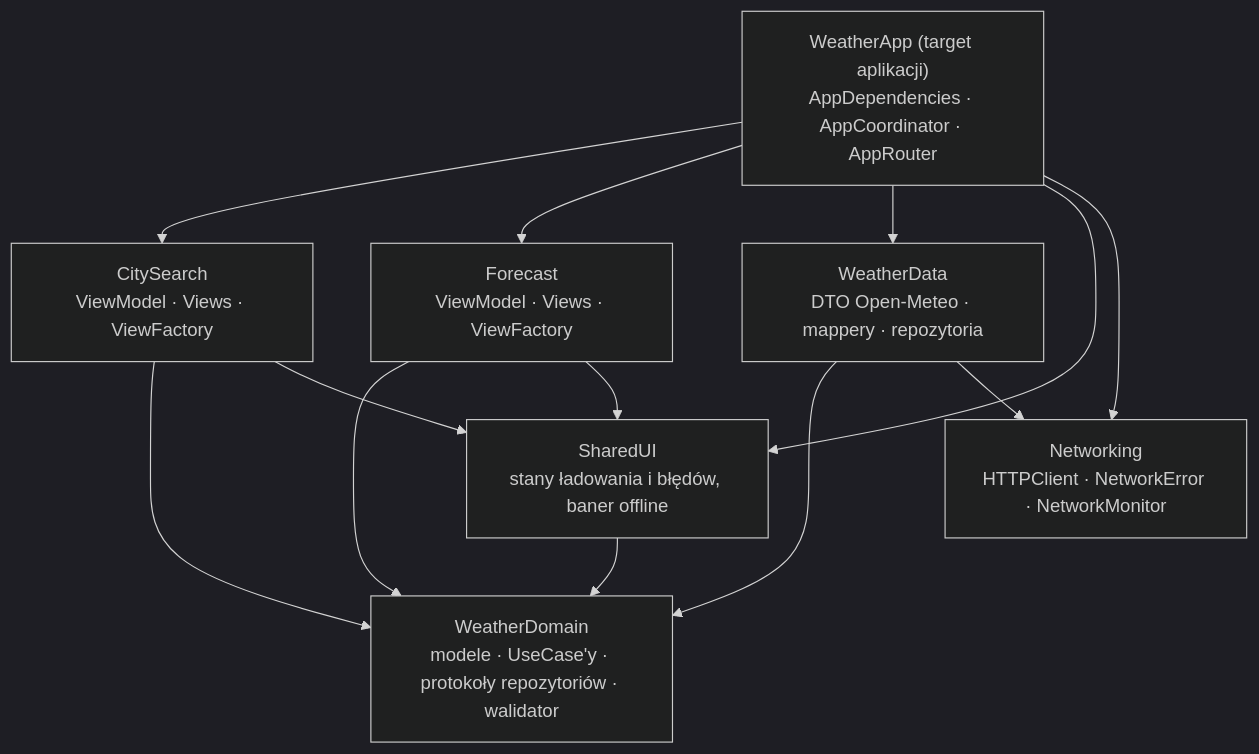
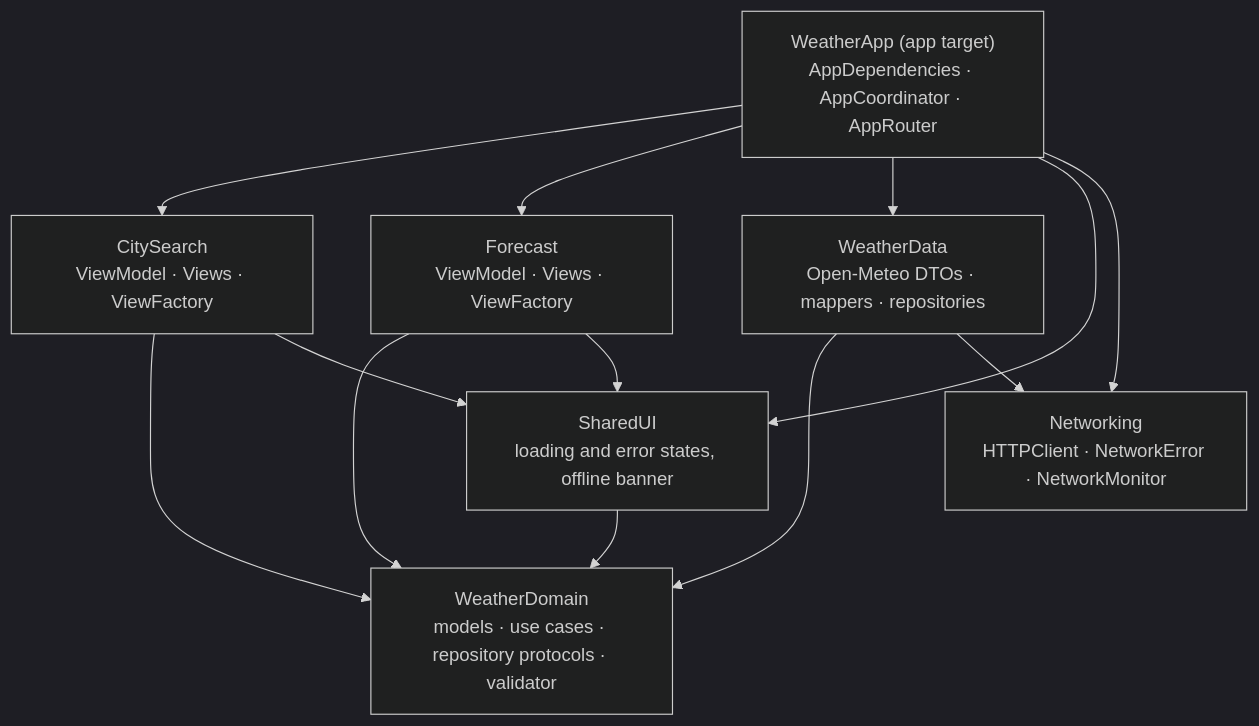
The diagram in README.md (warchal95/WeatherApp), drawn with Mermaid (dark theme) before and after one commit. The commit also changed other lines of this file, not shown here.

````diff
--- a/README.md
+++ b/README.md
@@ -56,23 +55,23 @@
 ```mermaid
 graph TD
-    App["WeatherApp (target aplikacji)<br/>AppDependencies · AppCoordinator · AppRouter"]
+    App["WeatherApp (app target)<br/>AppDependencies · AppCoordinator · AppRouter"]
     CitySearch["CitySearch<br/>ViewModel · Views · ViewFactory"]
     Forecast["Forecast<br/>ViewModel · Views · ViewFactory"]
-    SharedUI["SharedUI<br/>stany ładowania i błędów, baner offline"]
-    Domain["WeatherDomain<br/>modele · UseCase'y · protokoły repozytoriów · walidator"]
-    Data["WeatherData<br/>DTO Open-Meteo · mappery · repozytoria"]
+    SharedUI["SharedUI<br/>loading and error states, offline banner"]
+    Domain["WeatherDomain<br/>models · use cases · repository protocols · validator"]
+    Data["WeatherData<br/>Open-Meteo DTOs · mappers · repositories"]
     Networking["Networking<br/>HTTPClient · NetworkError · NetworkMonitor"]
 
     App --> CitySearch
     App --> Forecast
     App --> Data
     App --> SharedUI
     CitySearch --> Domain
     CitySearch --> SharedUI
     Forecast --> Domain
     Forecast --> SharedUI
     SharedUI --> Domain
     Data --> Domain
     Data --> Networking
     App --> Networking
 ```
````
